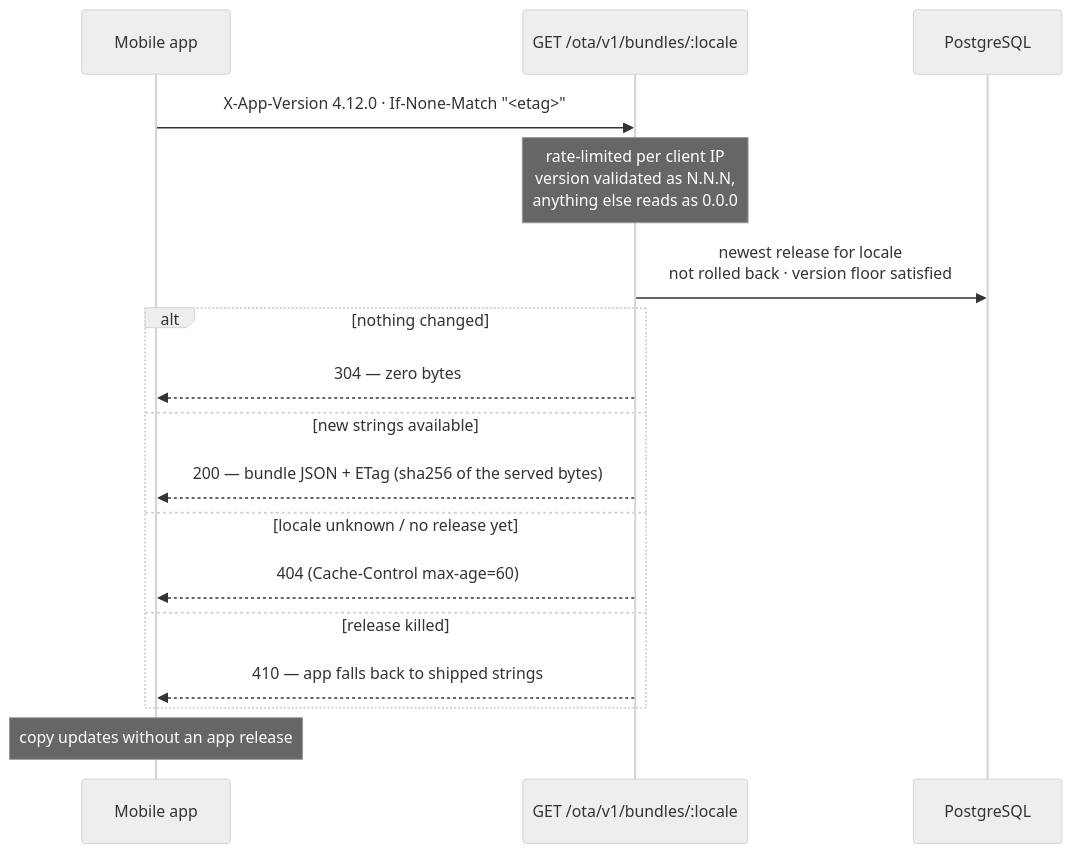
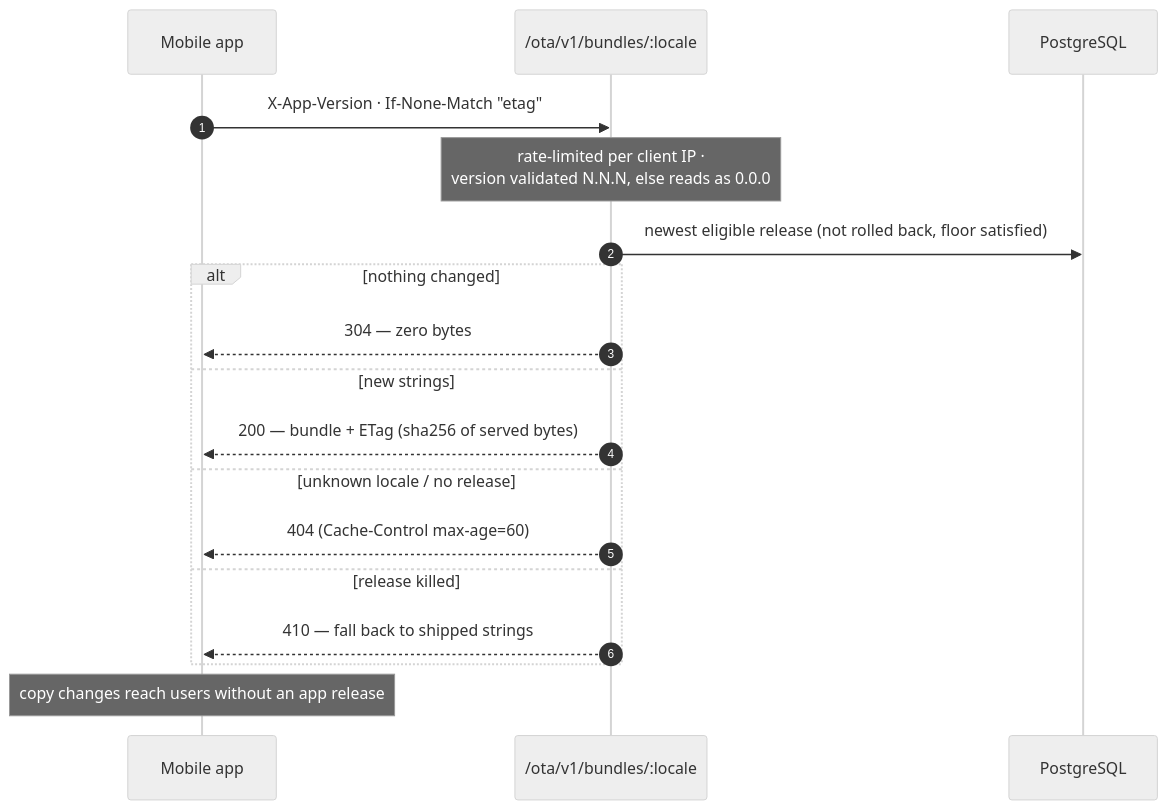
Before and after one commit to ashik-saini/u-l10n: the third of 5 diagrams in docs/USER_FLOWS.md, drawn with Mermaid (neutral theme). The commit also changed other lines of this file and 1 other file, not shown here.

First line of the commit message:
docs: rework all diagrams as UML sequence diagrams

````diff
--- a/docs/USER_FLOWS.md
+++ b/docs/USER_FLOWS.md
@@ -76,20 +70,21 @@
 ```mermaid
 sequenceDiagram
+    autonumber
     participant App as Mobile app
-    participant OTA as GET /ota/v1/bundles/:locale
-    participant DB as PostgreSQL
+    participant OTA as /ota/v1/bundles/:locale
+    participant PG as PostgreSQL
 
-    App->>OTA: X-App-Version 4.12.0 · If-None-Match "<etag>"
-    Note over OTA: rate-limited per client IP<br/>version validated as N.N.N,<br/>anything else reads as 0.0.0
-    OTA->>DB: newest release for locale<br/>not rolled back · version floor satisfied
+    App->>OTA: X-App-Version · If-None-Match "etag"
+    Note over OTA: rate-limited per client IP ·<br/>version validated N.N.N, else reads as 0.0.0
+    OTA->>PG: newest eligible release (not rolled back, floor satisfied)
     alt nothing changed
         OTA-->>App: 304 — zero bytes
-    else new strings available
-        OTA-->>App: 200 — bundle JSON + ETag (sha256 of the served bytes)
-    else locale unknown / no release yet
+    else new strings
+        OTA-->>App: 200 — bundle + ETag (sha256 of served bytes)
+    else unknown locale / no release
         OTA-->>App: 404 (Cache-Control max-age=60)
     else release killed
-        OTA-->>App: 410 — app falls back to shipped strings
+        OTA-->>App: 410 — fall back to shipped strings
     end
-    Note over App: copy updates without an app release
+    Note over App: copy changes reach users without an app release
 ```
````
